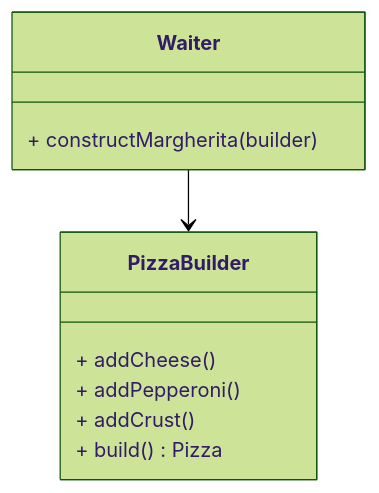
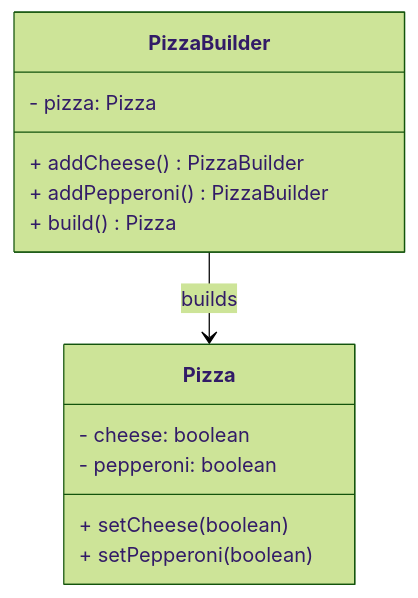
One commit to swapnilphalke97/Design-Pattern changed the fourth of 22 diagrams in Readme.md. Above: the diagram before and after it, drawn with Mermaid (forest theme). The commit also changed other lines of this file, not shown here.

````diff
--- a/Readme.md
+++ b/Readme.md
@@ -149,13 +171,16 @@
 ```mermaid
 classDiagram
+    class Pizza {
+        - cheese: boolean
+        - pepperoni: boolean
+        + setCheese(boolean)
+        + setPepperoni(boolean)
+    }
     class PizzaBuilder {
-        + addCheese()
-        + addPepperoni()
-        + addCrust()
+        - pizza: Pizza
+        + addCheese() PizzaBuilder
+        + addPepperoni() PizzaBuilder
         + build() Pizza
     }
-    class Waiter {
-        + constructMargherita(builder)
-    }
-    Waiter --> PizzaBuilder
+    PizzaBuilder --> Pizza : builds
 ```
````
